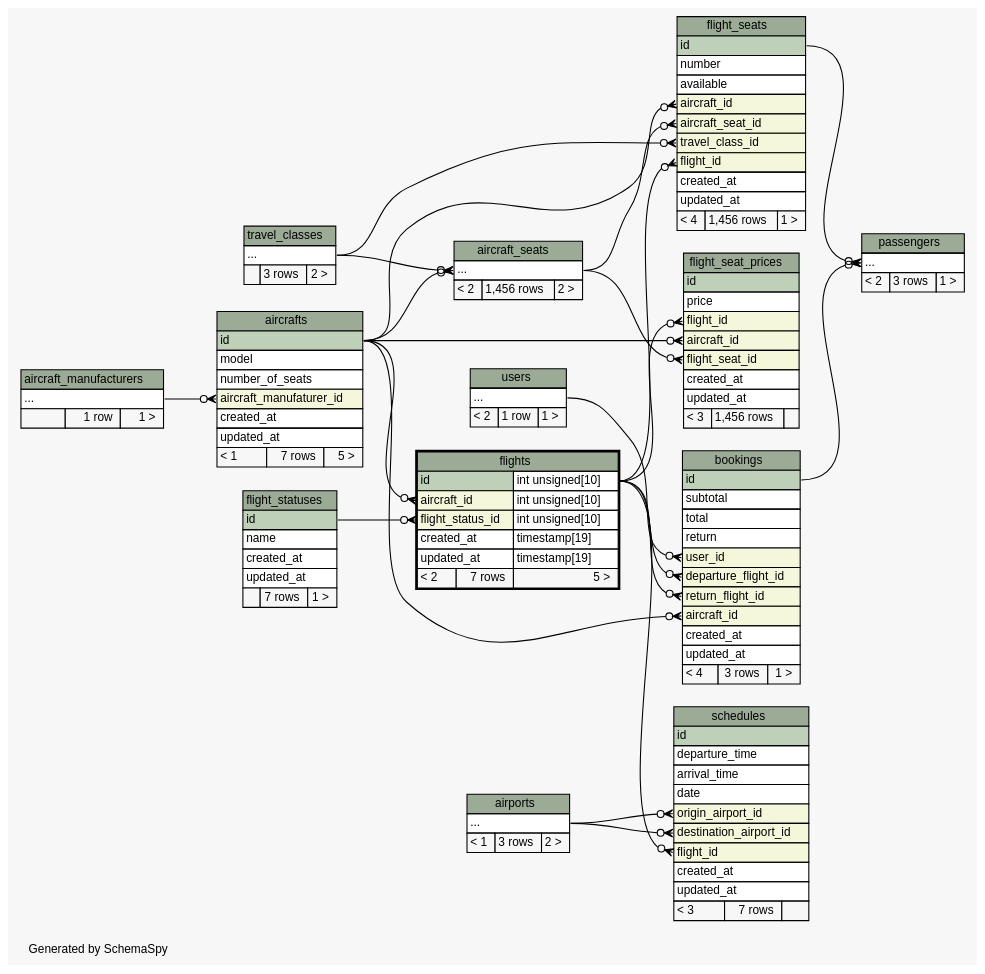
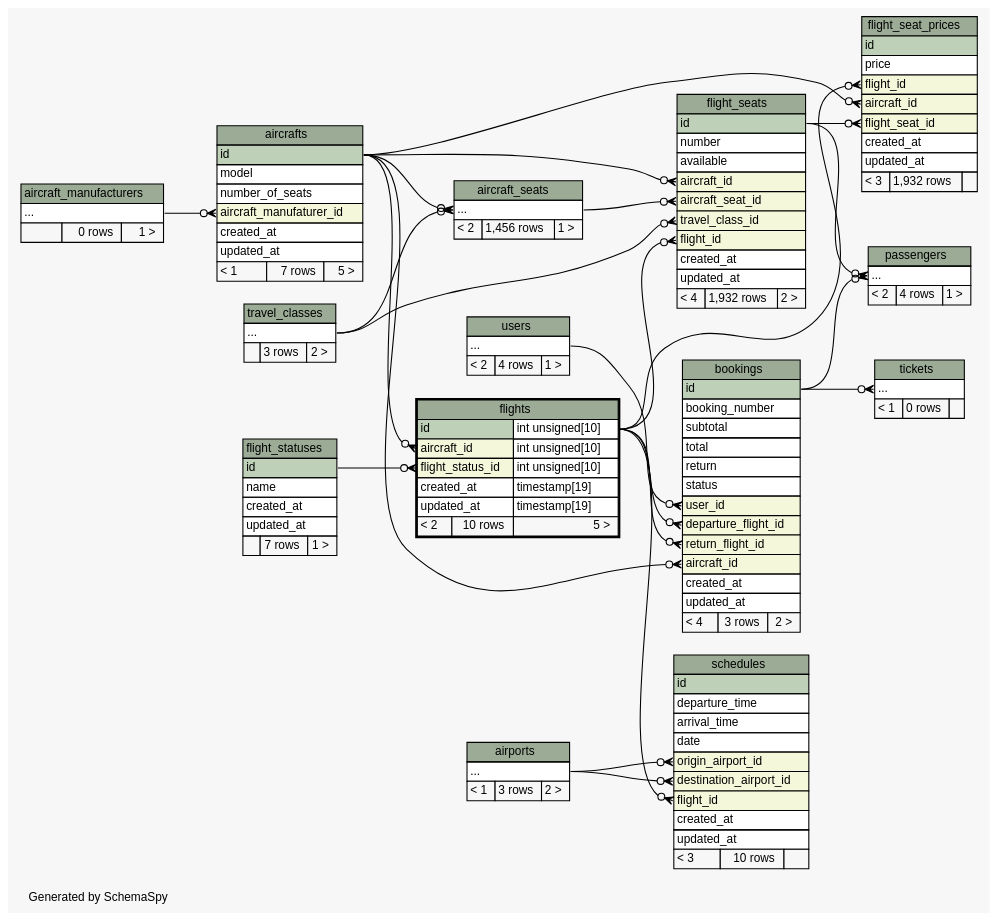
The diagram in web/app/database/schema/diagrams/flights.2degrees.dot (joaonzangoII/flightbookingsystem), drawn with Graphviz before and after one commit. The commit also changed 441 other files, not shown here.

```diff
--- a/web/app/database/schema/diagrams/flights.2degrees.dot
+++ b/web/app/database/schema/diagrams/flights.2degrees.dot
@@ -1,4 +1,4 @@
-// dot 2.38.0 on Linux 4.8.0-49-generic
+// dot 2.38.0 on Linux 4.10.0-21-generic
 // SchemaSpy rev 590
 digraph "twoDegreesRelationshipsDiagram" {
   graph [
@@ -28,7 +28,7 @@
   "bookings":"user_id":w -> "users":"elipses":e [arrowhead=none dir=back arrowtail=crowodot];
   "flight_seat_prices":"aircraft_id":w -> "aircrafts":"id":e [arrowhead=none dir=back arrowtail=crowodot];
   "flight_seat_prices":"flight_id":w -> "flights":"id.type":e [arrowhead=none dir=back arrowtail=crowodot];
-  "flight_seat_prices":"flight_seat_id":w -> "aircraft_seats":"elipses":e [arrowhead=none dir=back arrowtail=crowodot];
+  "flight_seat_prices":"flight_seat_id":w -> "flight_seats":"id":e [arrowhead=none dir=back arrowtail=crowodot];
   "flight_seats":"aircraft_id":w -> "aircrafts":"id":e [arrowhead=none dir=back arrowtail=crowodot];
   "flight_seats":"aircraft_seat_id":w -> "aircraft_seats":"elipses":e [arrowhead=none dir=back arrowtail=crowodot];
   "flight_seats":"flight_id":w -> "flights":"id.type":e [arrowhead=none dir=back arrowtail=crowodot];
@@ -40,12 +40,13 @@
   "schedules":"destination_airport_id":w -> "airports":"elipses":e [arrowhead=none dir=back arrowtail=crowodot];
   "schedules":"flight_id":w -> "flights":"id.type":e [arrowhead=none dir=back arrowtail=crowodot];
   "schedules":"origin_airport_id":w -> "airports":"elipses":e [arrowhead=none dir=back arrowtail=crowodot];
+  "tickets":"elipses":w -> "bookings":"id":e [arrowhead=none dir=back arrowtail=crowodot];
   "aircraft_manufacturers" [
     label=<
     <TABLE BORDER="0" CELLBORDER="1" CELLSPACING="0" BGCOLOR="#ffffff">
       <TR><TD COLSPAN="3" BGCOLOR="#9bab96" ALIGN="CENTER">aircraft_manufacturers</TD></TR>
       <TR><TD PORT="elipses" COLSPAN="3" ALIGN="LEFT">...</TD></TR>
-      <TR><TD ALIGN="LEFT" BGCOLOR="#f7f7f7">  </TD><TD ALIGN="RIGHT" BGCOLOR="#f7f7f7">1 row</TD><TD ALIGN="RIGHT" BGCOLOR="#f7f7f7">1 &gt;</TD></TR>
+      <TR><TD ALIGN="LEFT" BGCOLOR="#f7f7f7">  </TD><TD ALIGN="RIGHT" BGCOLOR="#f7f7f7">0 rows</TD><TD ALIGN="RIGHT" BGCOLOR="#f7f7f7">1 &gt;</TD></TR>
     </TABLE>>
     URL="aircraft_manufacturers.html"
     tooltip="aircraft_manufacturers"
@@ -55,7 +56,7 @@
     <TABLE BORDER="0" CELLBORDER="1" CELLSPACING="0" BGCOLOR="#ffffff">
       <TR><TD COLSPAN="3" BGCOLOR="#9bab96" ALIGN="CENTER">aircraft_seats</TD></TR>
       <TR><TD PORT="elipses" COLSPAN="3" ALIGN="LEFT">...</TD></TR>
-      <TR><TD ALIGN="LEFT" BGCOLOR="#f7f7f7">&lt; 2</TD><TD ALIGN="RIGHT" BGCOLOR="#f7f7f7">1,456 rows</TD><TD ALIGN="RIGHT" BGCOLOR="#f7f7f7">2 &gt;</TD></TR>
+      <TR><TD ALIGN="LEFT" BGCOLOR="#f7f7f7">&lt; 2</TD><TD ALIGN="RIGHT" BGCOLOR="#f7f7f7">1,456 rows</TD><TD ALIGN="RIGHT" BGCOLOR="#f7f7f7">1 &gt;</TD></TR>
     </TABLE>>
     URL="aircraft_seats.html"
     tooltip="aircraft_seats"
@@ -90,16 +91,18 @@
     <TABLE BORDER="0" CELLBORDER="1" CELLSPACING="0" BGCOLOR="#ffffff">
       <TR><TD COLSPAN="3" BGCOLOR="#9bab96" ALIGN="CENTER">bookings</TD></TR>
       <TR><TD PORT="id" COLSPAN="3" BGCOLOR="#bed1b8" ALIGN="LEFT">id</TD></TR>
+      <TR><TD PORT="booking_number" COLSPAN="3" ALIGN="LEFT">booking_number</TD></TR>
       <TR><TD PORT="subtotal" COLSPAN="3" ALIGN="LEFT">subtotal</TD></TR>
       <TR><TD PORT="total" COLSPAN="3" ALIGN="LEFT">total</TD></TR>
       <TR><TD PORT="return" COLSPAN="3" ALIGN="LEFT">return</TD></TR>
+      <TR><TD PORT="status" COLSPAN="3" ALIGN="LEFT">status</TD></TR>
       <TR><TD PORT="user_id" COLSPAN="3" BGCOLOR="#f4f7da" ALIGN="LEFT">user_id</TD></TR>
       <TR><TD PORT="departure_flight_id" COLSPAN="3" BGCOLOR="#f4f7da" ALIGN="LEFT">departure_flight_id</TD></TR>
       <TR><TD PORT="return_flight_id" COLSPAN="3" BGCOLOR="#f4f7da" ALIGN="LEFT">return_flight_id</TD></TR>
       <TR><TD PORT="aircraft_id" COLSPAN="3" BGCOLOR="#f4f7da" ALIGN="LEFT">aircraft_id</TD></TR>
       <TR><TD PORT="created_at" COLSPAN="3" ALIGN="LEFT">created_at</TD></TR>
       <TR><TD PORT="updated_at" COLSPAN="3" ALIGN="LEFT">updated_at</TD></TR>
-      <TR><TD ALIGN="LEFT" BGCOLOR="#f7f7f7">&lt; 4</TD><TD ALIGN="RIGHT" BGCOLOR="#f7f7f7">3 rows</TD><TD ALIGN="RIGHT" BGCOLOR="#f7f7f7">1 &gt;</TD></TR>
+      <TR><TD ALIGN="LEFT" BGCOLOR="#f7f7f7">&lt; 4</TD><TD ALIGN="RIGHT" BGCOLOR="#f7f7f7">3 rows</TD><TD ALIGN="RIGHT" BGCOLOR="#f7f7f7">2 &gt;</TD></TR>
     </TABLE>>
     URL="bookings.html"
     tooltip="bookings"
@@ -115,7 +118,7 @@
       <TR><TD PORT="flight_seat_id" COLSPAN="3" BGCOLOR="#f4f7da" ALIGN="LEFT">flight_seat_id</TD></TR>
       <TR><TD PORT="created_at" COLSPAN="3" ALIGN="LEFT">created_at</TD></TR>
       <TR><TD PORT="updated_at" COLSPAN="3" ALIGN="LEFT">updated_at</TD></TR>
-      <TR><TD ALIGN="LEFT" BGCOLOR="#f7f7f7">&lt; 3</TD><TD ALIGN="RIGHT" BGCOLOR="#f7f7f7">1,456 rows</TD><TD ALIGN="RIGHT" BGCOLOR="#f7f7f7">  </TD></TR>
+      <TR><TD ALIGN="LEFT" BGCOLOR="#f7f7f7">&lt; 3</TD><TD ALIGN="RIGHT" BGCOLOR="#f7f7f7">1,932 rows</TD><TD ALIGN="RIGHT" BGCOLOR="#f7f7f7">  </TD></TR>
     </TABLE>>
     URL="flight_seat_prices.html"
     tooltip="flight_seat_prices"
@@ -133,7 +136,7 @@
       <TR><TD PORT="flight_id" COLSPAN="3" BGCOLOR="#f4f7da" ALIGN="LEFT">flight_id</TD></TR>
       <TR><TD PORT="created_at" COLSPAN="3" ALIGN="LEFT">created_at</TD></TR>
       <TR><TD PORT="updated_at" COLSPAN="3" ALIGN="LEFT">updated_at</TD></TR>
-      <TR><TD ALIGN="LEFT" BGCOLOR="#f7f7f7">&lt; 4</TD><TD ALIGN="RIGHT" BGCOLOR="#f7f7f7">1,456 rows</TD><TD ALIGN="RIGHT" BGCOLOR="#f7f7f7">1 &gt;</TD></TR>
+      <TR><TD ALIGN="LEFT" BGCOLOR="#f7f7f7">&lt; 4</TD><TD ALIGN="RIGHT" BGCOLOR="#f7f7f7">1,932 rows</TD><TD ALIGN="RIGHT" BGCOLOR="#f7f7f7">2 &gt;</TD></TR>
     </TABLE>>
     URL="flight_seats.html"
     tooltip="flight_seats"
@@ -160,7 +163,7 @@
       <TR><TD PORT="flight_status_id" COLSPAN="2" BGCOLOR="#f4f7da" ALIGN="LEFT">flight_status_id</TD><TD PORT="flight_status_id.type" ALIGN="LEFT">int unsigned[10]</TD></TR>
       <TR><TD PORT="created_at" COLSPAN="2" ALIGN="LEFT">created_at</TD><TD PORT="created_at.type" ALIGN="LEFT">timestamp[19]</TD></TR>
       <TR><TD PORT="updated_at" COLSPAN="2" ALIGN="LEFT">updated_at</TD><TD PORT="updated_at.type" ALIGN="LEFT">timestamp[19]</TD></TR>
-      <TR><TD ALIGN="LEFT" BGCOLOR="#f7f7f7">&lt; 2</TD><TD ALIGN="RIGHT" BGCOLOR="#f7f7f7">7 rows</TD><TD ALIGN="RIGHT" BGCOLOR="#f7f7f7">5 &gt;</TD></TR>
+      <TR><TD ALIGN="LEFT" BGCOLOR="#f7f7f7">&lt; 2</TD><TD ALIGN="RIGHT" BGCOLOR="#f7f7f7">10 rows</TD><TD ALIGN="RIGHT" BGCOLOR="#f7f7f7">5 &gt;</TD></TR>
     </TABLE>>
     URL="flights.html"
     tooltip="flights"
@@ -170,7 +173,7 @@
     <TABLE BORDER="0" CELLBORDER="1" CELLSPACING="0" BGCOLOR="#ffffff">
       <TR><TD COLSPAN="3" BGCOLOR="#9bab96" ALIGN="CENTER">passengers</TD></TR>
       <TR><TD PORT="elipses" COLSPAN="3" ALIGN="LEFT">...</TD></TR>
-      <TR><TD ALIGN="LEFT" BGCOLOR="#f7f7f7">&lt; 2</TD><TD ALIGN="RIGHT" BGCOLOR="#f7f7f7">3 rows</TD><TD ALIGN="RIGHT" BGCOLOR="#f7f7f7">1 &gt;</TD></TR>
+      <TR><TD ALIGN="LEFT" BGCOLOR="#f7f7f7">&lt; 2</TD><TD ALIGN="RIGHT" BGCOLOR="#f7f7f7">4 rows</TD><TD ALIGN="RIGHT" BGCOLOR="#f7f7f7">1 &gt;</TD></TR>
     </TABLE>>
     URL="passengers.html"
     tooltip="passengers"
@@ -188,10 +191,20 @@
       <TR><TD PORT="flight_id" COLSPAN="3" BGCOLOR="#f4f7da" ALIGN="LEFT">flight_id</TD></TR>
       <TR><TD PORT="created_at" COLSPAN="3" ALIGN="LEFT">created_at</TD></TR>
       <TR><TD PORT="updated_at" COLSPAN="3" ALIGN="LEFT">updated_at</TD></TR>
-      <TR><TD ALIGN="LEFT" BGCOLOR="#f7f7f7">&lt; 3</TD><TD ALIGN="RIGHT" BGCOLOR="#f7f7f7">7 rows</TD><TD ALIGN="RIGHT" BGCOLOR="#f7f7f7">  </TD></TR>
+      <TR><TD ALIGN="LEFT" BGCOLOR="#f7f7f7">&lt; 3</TD><TD ALIGN="RIGHT" BGCOLOR="#f7f7f7">10 rows</TD><TD ALIGN="RIGHT" BGCOLOR="#f7f7f7">  </TD></TR>
     </TABLE>>
     URL="schedules.html"
     tooltip="schedules"
+  ];
+  "tickets" [
+    label=<
+    <TABLE BORDER="0" CELLBORDER="1" CELLSPACING="0" BGCOLOR="#ffffff">
+      <TR><TD COLSPAN="3" BGCOLOR="#9bab96" ALIGN="CENTER">tickets</TD></TR>
+      <TR><TD PORT="elipses" COLSPAN="3" ALIGN="LEFT">...</TD></TR>
+      <TR><TD ALIGN="LEFT" BGCOLOR="#f7f7f7">&lt; 1</TD><TD ALIGN="RIGHT" BGCOLOR="#f7f7f7">0 rows</TD><TD ALIGN="RIGHT" BGCOLOR="#f7f7f7">  </TD></TR>
+    </TABLE>>
+    URL="tickets.html"
+    tooltip="tickets"
   ];
   "travel_classes" [
     label=<
@@ -208,7 +221,7 @@
     <TABLE BORDER="0" CELLBORDER="1" CELLSPACING="0" BGCOLOR="#ffffff">
       <TR><TD COLSPAN="3" BGCOLOR="#9bab96" ALIGN="CENTER">users</TD></TR>
       <TR><TD PORT="elipses" COLSPAN="3" ALIGN="LEFT">...</TD></TR>
-      <TR><TD ALIGN="LEFT" BGCOLOR="#f7f7f7">&lt; 2</TD><TD ALIGN="RIGHT" BGCOLOR="#f7f7f7">1 row</TD><TD ALIGN="RIGHT" BGCOLOR="#f7f7f7">1 &gt;</TD></TR>
+      <TR><TD ALIGN="LEFT" BGCOLOR="#f7f7f7">&lt; 2</TD><TD ALIGN="RIGHT" BGCOLOR="#f7f7f7">4 rows</TD><TD ALIGN="RIGHT" BGCOLOR="#f7f7f7">1 &gt;</TD></TR>
     </TABLE>>
     URL="users.html"
     tooltip="users"
```
